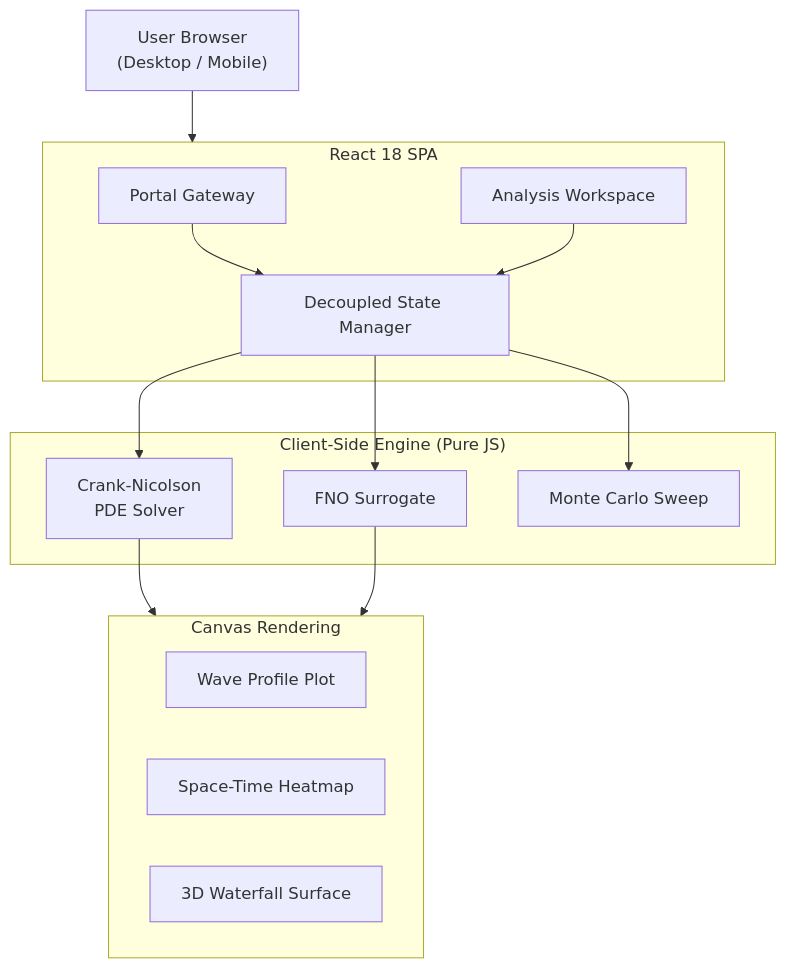
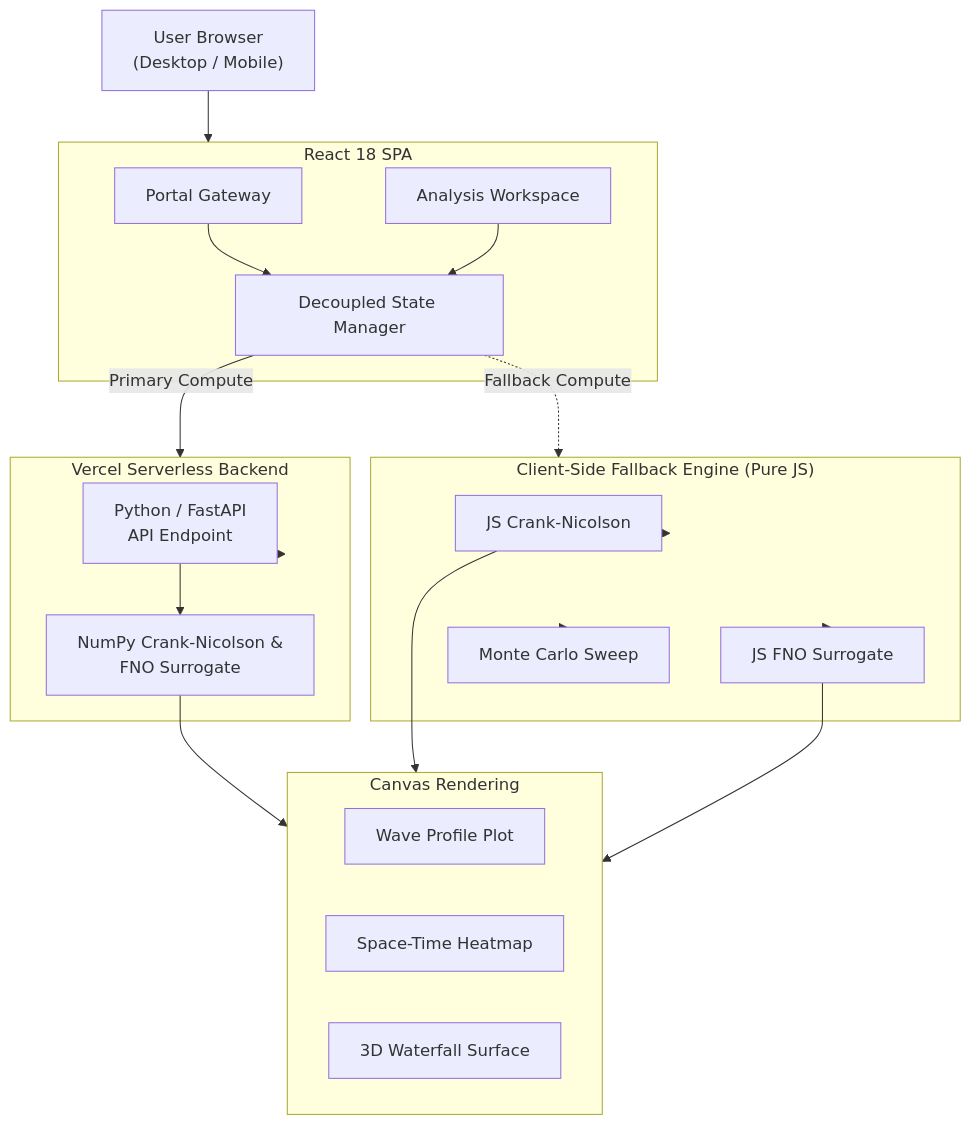
The second of 2 diagrams in README.md (shekharsameer2308/Prototype-FNO-1D-RxnDynamics-), drawn with Mermaid before and after one commit.

Commit message:
Update system architecture diagram to include FastAPI backend

````diff
--- a/README.md
+++ b/README.md
@@ -169,31 +169,41 @@
 ```mermaid
 graph TD
     User["User Browser<br/>(Desktop / Mobile)"]
 
     subgraph React_App["React 18 SPA"]
         Portal["Portal Gateway"]
         Workstation["Analysis Workspace"]
         StateEngine["Decoupled State Manager"]
     end
 
-    subgraph Compute_Layer["Client-Side Engine (Pure JS)"]
-        CN["Crank-Nicolson<br/>PDE Solver"]
-        FNO["FNO Surrogate"]
+    subgraph Backend_Layer["Vercel Serverless Backend"]
+        FastAPI["Python / FastAPI<br/>API Endpoint"]
+        NumPy["NumPy Crank-Nicolson &<br/>FNO Surrogate"]
+    end
+
+    subgraph Compute_Layer["Client-Side Fallback Engine (Pure JS)"]
+        CN["JS Crank-Nicolson"]
+        FNO["JS FNO Surrogate"]
         MC["Monte Carlo Sweep"]
     end
 
     subgraph Render_Layer["Canvas Rendering"]
         WavePlot["Wave Profile Plot"]
         Heatmap["Space-Time Heatmap"]
         Surface3D["3D Waterfall Surface"]
     end
 
     User --> React_App
     Portal --> StateEngine
     Workstation --> StateEngine
-    StateEngine --> CN
-    StateEngine --> FNO
-    StateEngine --> MC
+    StateEngine -->|Primary Compute| Backend_Layer
+    Backend_Layer --> FastAPI
+    FastAPI --> NumPy
+    StateEngine -.->|Fallback Compute| Compute_Layer
+    Compute_Layer --> CN
+    Compute_Layer --> FNO
+    Compute_Layer --> MC
+    NumPy --> Render_Layer
     CN --> Render_Layer
     FNO --> Render_Layer
 ```
````
